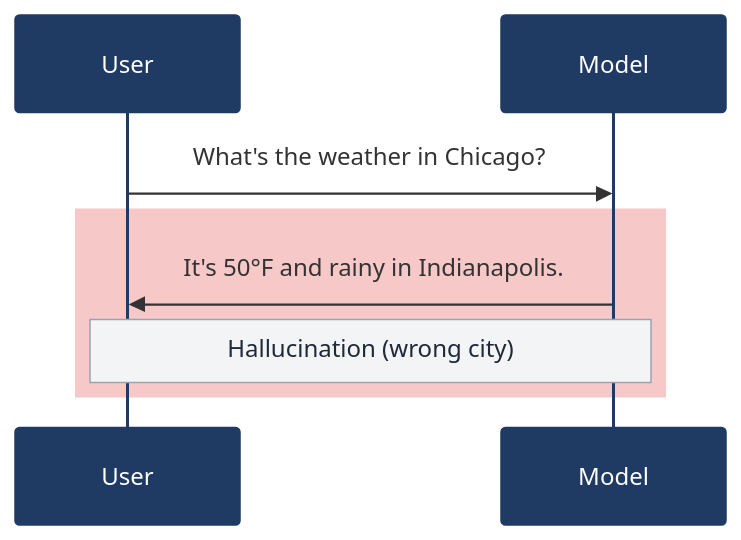
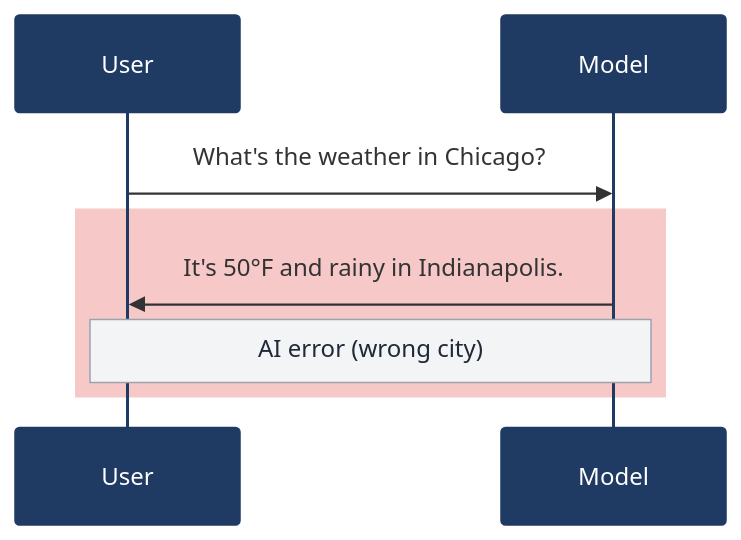
One commit to parmsam/trustedminiagents changed the first of 2 diagrams in agents.qmd. Above: the diagram before and after it, drawn with Mermaid. The commit also changed other lines of this file and 6 other files, not shown here.

````diff
--- a/agents.qmd
+++ b/agents.qmd
@@ -20,12 +21,12 @@
 ```{mermaid}
 %%{init: {'theme':'base', 'themeVariables': {'actorBkg':'#1F3A63','actorTextColor':'#ffffff','actorBorder':'#1F3A63','noteBkgColor':'#F3F4F6','noteBorderColor':'#9CA3AF','noteTextColor':'#1F2937'}, 'sequence': {'actorFontSize': 18}}}%%
 sequenceDiagram
     participant User
     participant Model
 
     User->>Model: What's the weather in Chicago?
     rect rgba(220, 38, 38, 0.25)
     Model->>User: It's 50°F and rainy in Indianapolis.
-    note over User,Model: Hallucination (wrong city)
+    note over User,Model: AI error (wrong city)
     end
 ```
````
